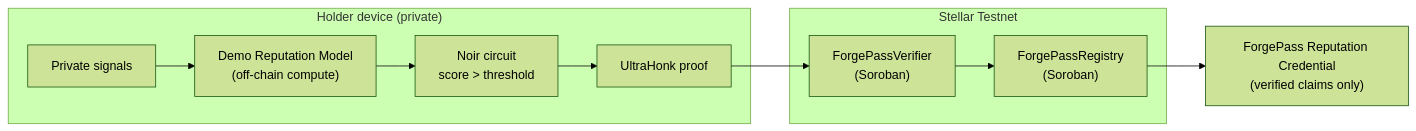
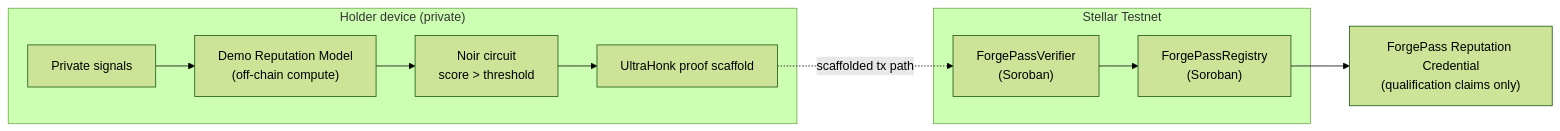
The diagram in README.md (Agozie180/ForgePass), drawn with Mermaid (forest theme) before and after one commit. The commit also changed other lines of this file and 5 other files, not shown here.

Commit message:
Clarify ForgePass ZK and Stellar story

````diff
--- a/README.md
+++ b/README.md
@@ -123,13 +137,13 @@
 ```mermaid
 flowchart LR
   subgraph Device["Holder device (private)"]
     D["Private signals"] --> S["Demo Reputation Model<br/>(off-chain compute)"]
     S --> N["Noir circuit<br/>score &gt; threshold"]
-    N --> P["UltraHonk proof"]
+    N --> P["UltraHonk proof scaffold"]
   end
   subgraph Stellar["Stellar Testnet"]
     V["ForgePassVerifier<br/>(Soroban)"] --> R["ForgePassRegistry<br/>(Soroban)"]
   end
-  P --> V
-  R --> C["ForgePass Reputation Credential<br/>(verified claims only)"]
+  P -. scaffolded tx path .-> V
+  R --> C["ForgePass Reputation Credential<br/>(qualification claims only)"]
 ```
````
